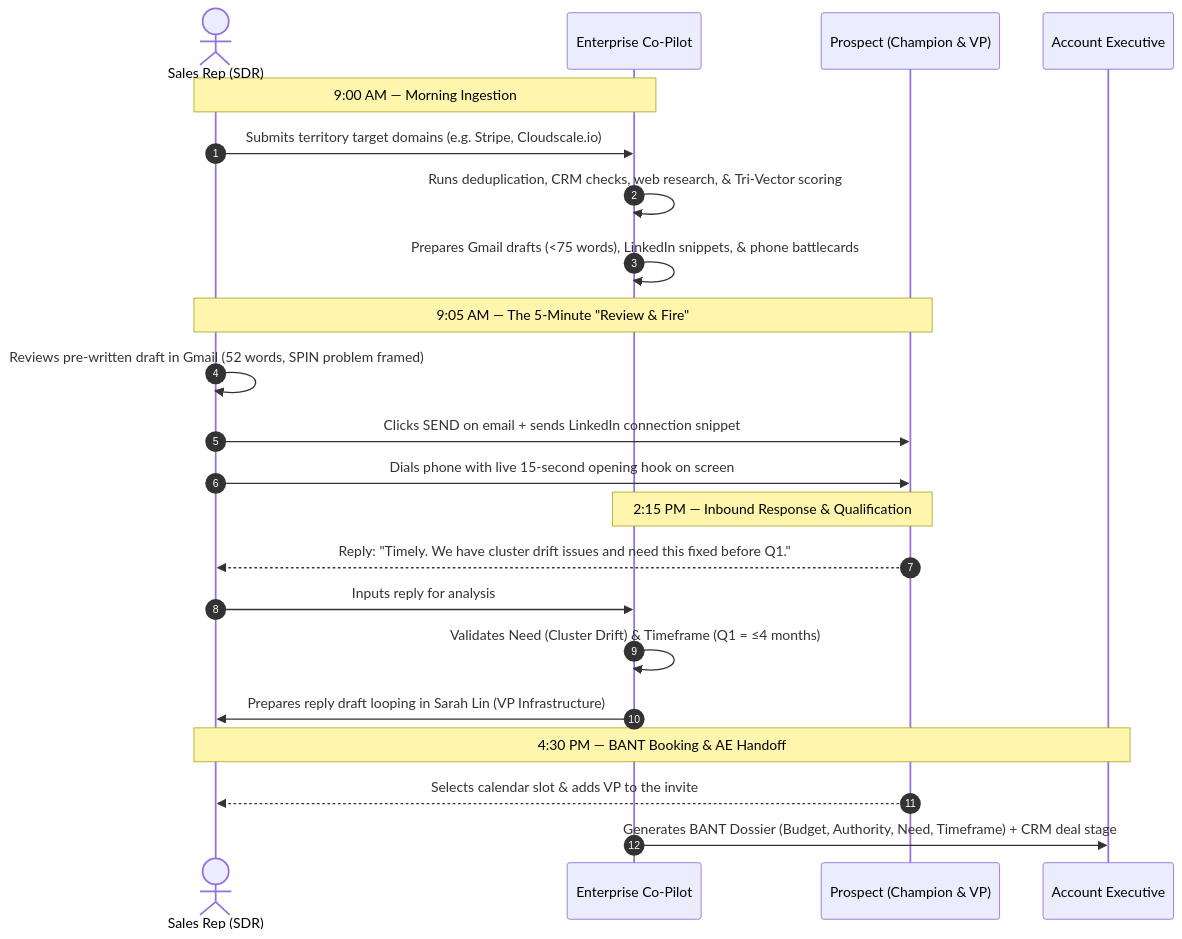
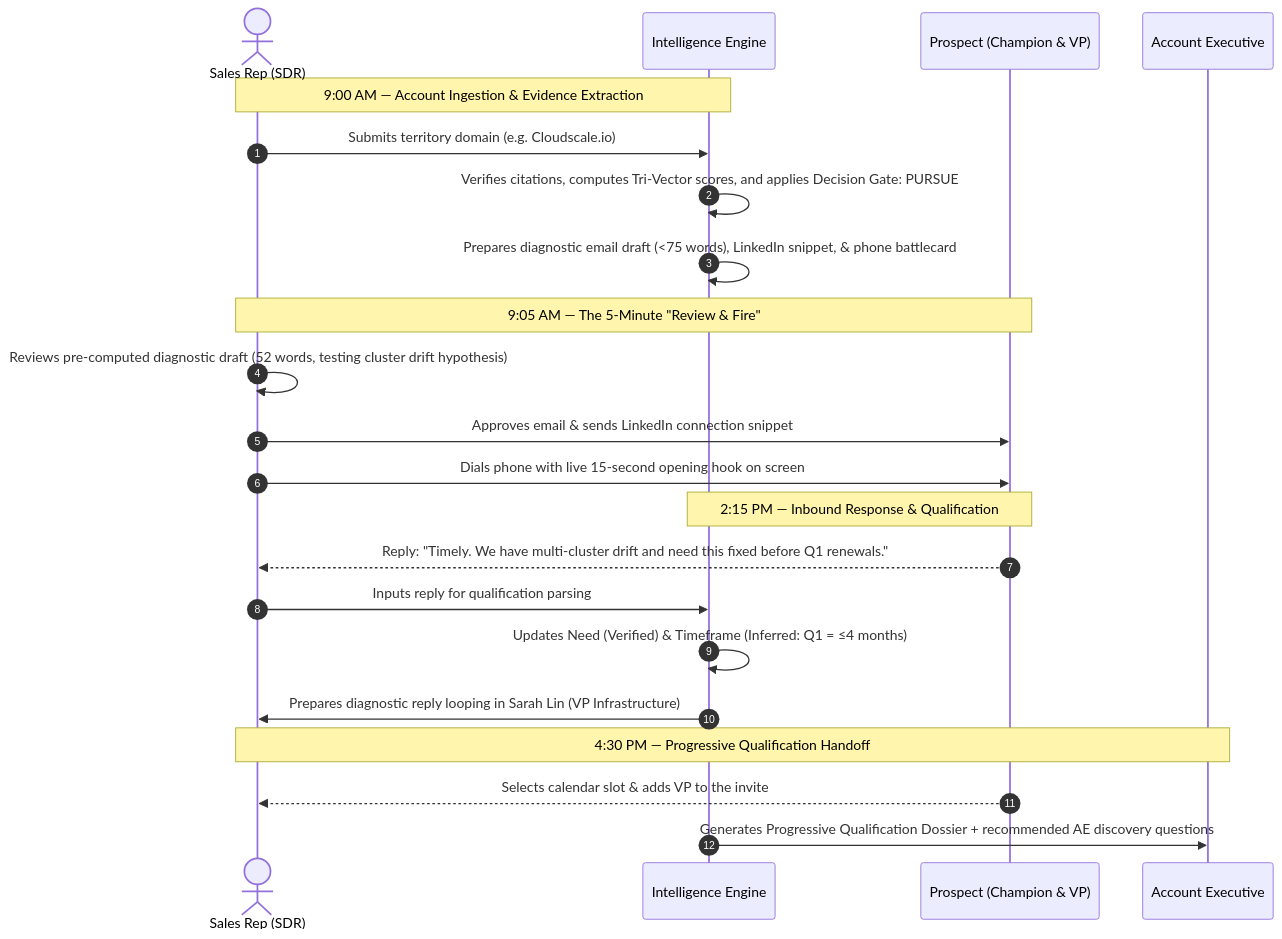
Before and after one commit to Tchapwo1/vernedaily: the diagram in ENTERPRISE_SDR_CLIENT_OVERVIEW.md, drawn with Mermaid. The commit also changed other lines of this file and 39 other files, not shown here.

Commit message:
feat(v2.2.0): production evidence-led pipeline engine, founder cockpit, and top 5 industry trial

````diff
--- a/ENTERPRISE_SDR_CLIENT_OVERVIEW.md
+++ b/ENTERPRISE_SDR_CLIENT_OVERVIEW.md
@@ -81,28 +75,28 @@
 ```mermaid
 sequenceDiagram
     autonumber
     actor Rep as Sales Rep (SDR)
-    participant Platform as Enterprise Co-Pilot
+    participant Platform as Intelligence Engine
     participant Prospect as Prospect (Champion & VP)
     participant AE as Account Executive
 
-    Note over Rep,Platform: 9:00 AM — Morning Ingestion
-    Rep->>Platform: Submits territory target domains (e.g. Stripe, Cloudscale.io)
-    Platform->>Platform: Runs deduplication, CRM checks, web research, & Tri-Vector scoring
-    Platform->>Platform: Prepares Gmail drafts (<75 words), LinkedIn snippets, & phone battlecards
+    Note over Rep,Platform: 9:00 AM — Account Ingestion & Evidence Extraction
+    Rep->>Platform: Submits territory domain (e.g. Cloudscale.io)
+    Platform->>Platform: Verifies citations, computes Tri-Vector scores, and applies Decision Gate: PURSUE
+    Platform->>Platform: Prepares diagnostic email draft (<75 words), LinkedIn snippet, & phone battlecard
 
     Note over Rep,Prospect: 9:05 AM — The 5-Minute "Review & Fire"
-    Rep->>Rep: Reviews pre-written draft in Gmail (52 words, SPIN problem framed)
-    Rep->>Prospect: Clicks SEND on email + sends LinkedIn connection snippet
+    Rep->>Rep: Reviews pre-computed diagnostic draft (52 words, testing cluster drift hypothesis)
+    Rep->>Prospect: Approves email & sends LinkedIn connection snippet
     Rep->>Prospect: Dials phone with live 15-second opening hook on screen
 
     Note over Prospect,Platform: 2:15 PM — Inbound Response & Qualification
-    Prospect-->>Rep: Reply: "Timely. We have cluster drift issues and need this fixed before Q1."
-    Rep->>Platform: Inputs reply for analysis
-    Platform->>Platform: Validates Need (Cluster Drift) & Timeframe (Q1 = ≤4 months)
-    Platform->>Rep: Prepares reply draft looping in Sarah Lin (VP Infrastructure)
+    Prospect-->>Rep: Reply: "Timely. We have multi-cluster drift and need this fixed before Q1 renewals."
+    Rep->>Platform: Inputs reply for qualification parsing
+    Platform->>Platform: Updates Need (Verified) & Timeframe (Inferred: Q1 = ≤4 months)
+    Platform->>Rep: Prepares diagnostic reply looping in Sarah Lin (VP Infrastructure)
 
-    Note over Rep,AE: 4:30 PM — BANT Booking & AE Handoff
+    Note over Rep,AE: 4:30 PM — Progressive Qualification Handoff
     Prospect-->>Rep: Selects calendar slot & adds VP to the invite
-    Platform->>AE: Generates BANT Dossier (Budget, Authority, Need, Timeframe) + CRM deal stage
+    Platform->>AE: Generates Progressive Qualification Dossier + recommended AE discovery questions
 ```
````
